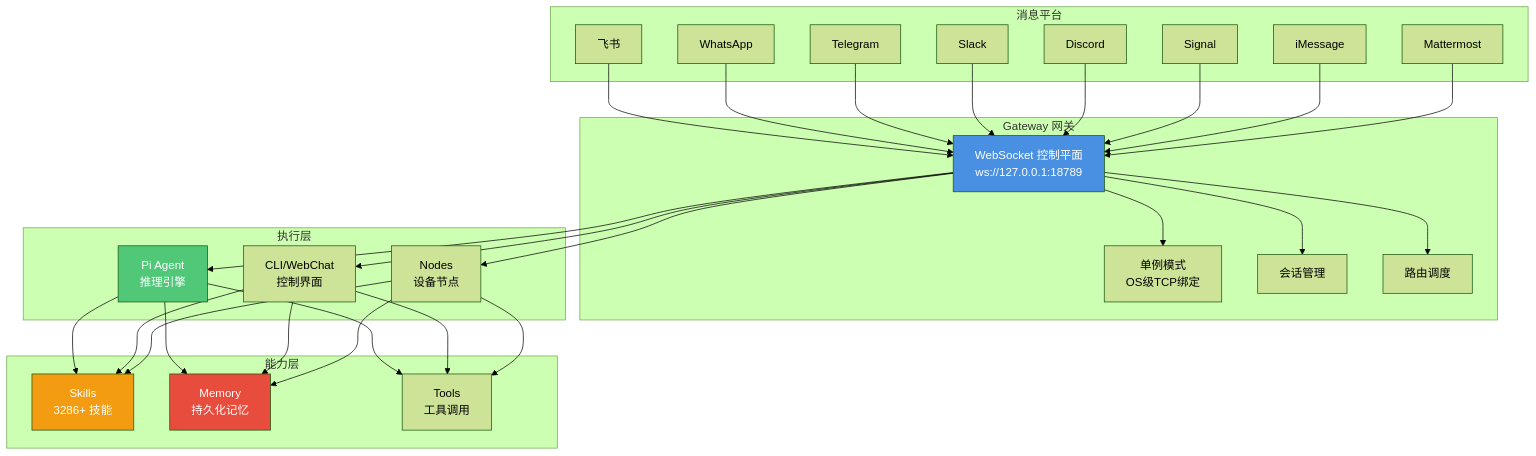
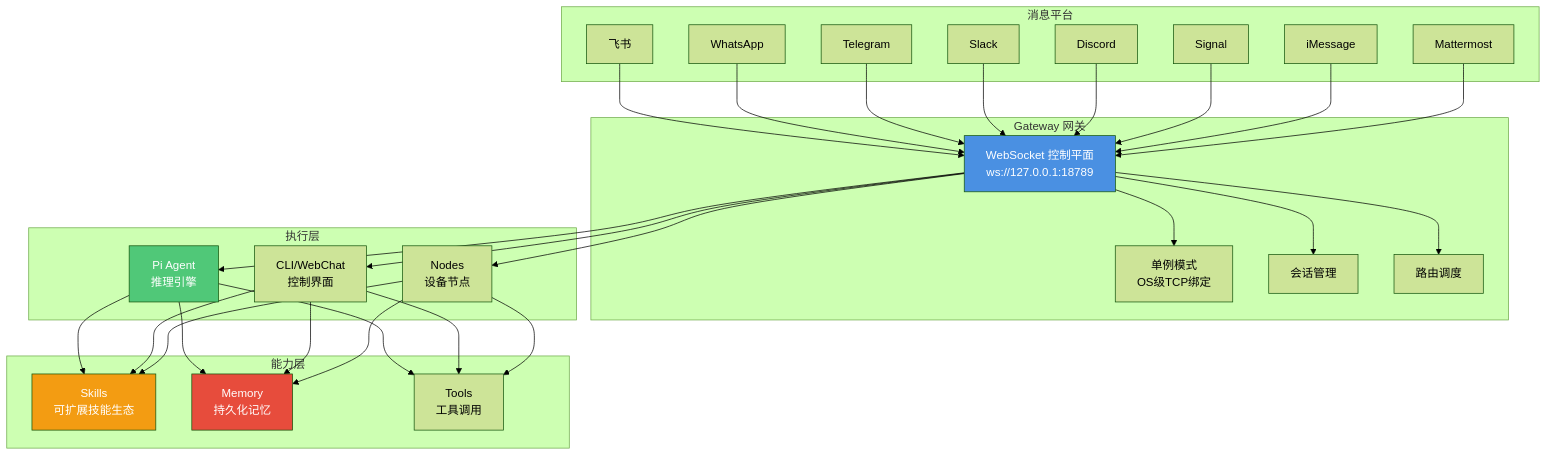
The first of 9 diagrams in docs/develop/AI/openclaw.md (Wcowin/Wcowin.github.io), drawn with Mermaid (forest theme) before and after one commit. The commit also changed other lines of this file and 26 other files, not shown here.

````diff
--- a/docs/develop/AI/openclaw.md
+++ b/docs/develop/AI/openclaw.md
@@ -66,42 +66,42 @@
 ```mermaid
 graph TB
     subgraph "消息平台"
         A0[飞书]
         A1[WhatsApp]
         A2[Telegram]
         A3[Slack]
         A4[Discord]
         A5[Signal]
         A6[iMessage]
         A7[Mattermost]
     end
     
     subgraph "Gateway 网关"
         B[WebSocket 控制平面<br/>ws://127.0.0.1:18789]
         B1[单例模式<br/>OS级TCP绑定]
         B2[会话管理]
         B3[路由调度]
     end
     
     subgraph "执行层"
         C1[Pi Agent<br/>推理引擎]
         C2[CLI/WebChat<br/>控制界面]
         C3[Nodes<br/>设备节点]
     end
     
     subgraph "能力层"
-        D1[Skills<br/>3286+ 技能]
+        D1[Skills<br/>可扩展技能生态]
         D2[Memory<br/>持久化记忆]
         D3[Tools<br/>工具调用]
     end
     
     A0 & A1 & A2 & A3 & A4 & A5 & A6 & A7 --> B
     B --> B1 & B2 & B3
     B --> C1 & C2 & C3
     C1 & C2 & C3 --> D1 & D2 & D3
     
     style B fill:#4a90e2,color:#fff
     style C1 fill:#50c878,color:#fff
     style D1 fill:#f39c12,color:#fff
     style D2 fill:#e74c3c,color:#fff
 ```
````
